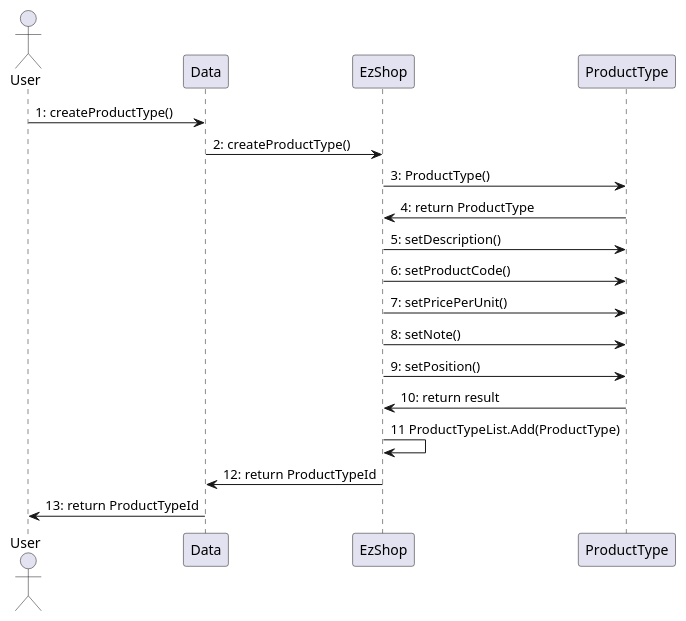
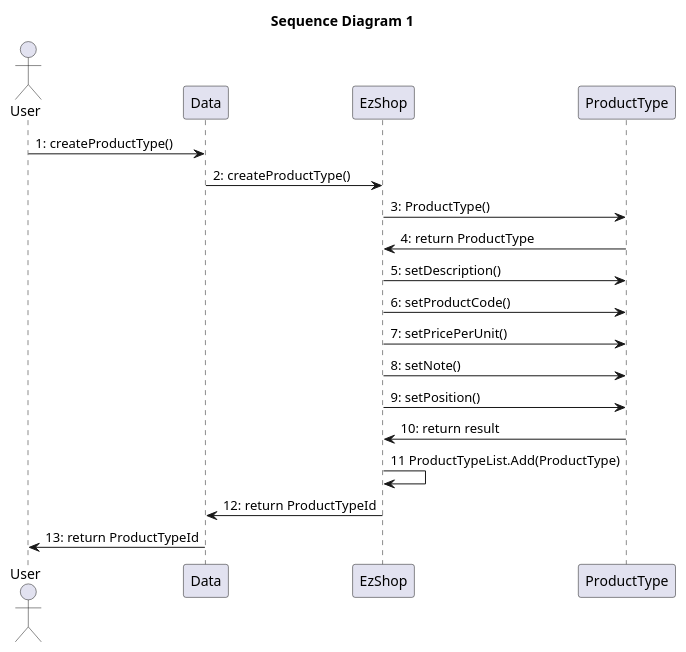
Before and after one commit to paolotron/EzshoProject31: the third of 15 diagrams in Deliverables/DesignDocument.md, drawn with PlantUML. The commit also changed other lines of this file, not shown here.

Commit message:
Updated sequence diagram's titles .md

````diff
--- a/Deliverables/DesignDocument.md
+++ b/Deliverables/DesignDocument.md
@@ -318,22 +318,23 @@
 ``` plantuml
 @startuml
+title "Sequence Diagram 1"
 actor User as U
 participant Data
 participant EzShop
 participant ProductType as P
 
 U->Data: 1: createProductType()
 Data->EzShop: 2: createProductType()
 EzShop -> P: 3: ProductType()
 P -> EzShop: 4: return ProductType
 EzShop ->P: 5: setDescription()
 EzShop->P: 6: setProductCode()
 EzShop->P: 7: setPricePerUnit()
 EzShop->P: 8: setNote()
 EzShop->P: 9: setPosition()
 P->EzShop: 10: return result
 EzShop->EzShop: 11 ProductTypeList.Add(ProductType)
 EzShop->Data: 12: return ProductTypeId
 Data->U: 13: return ProductTypeId
 @enduml
 ```
````
